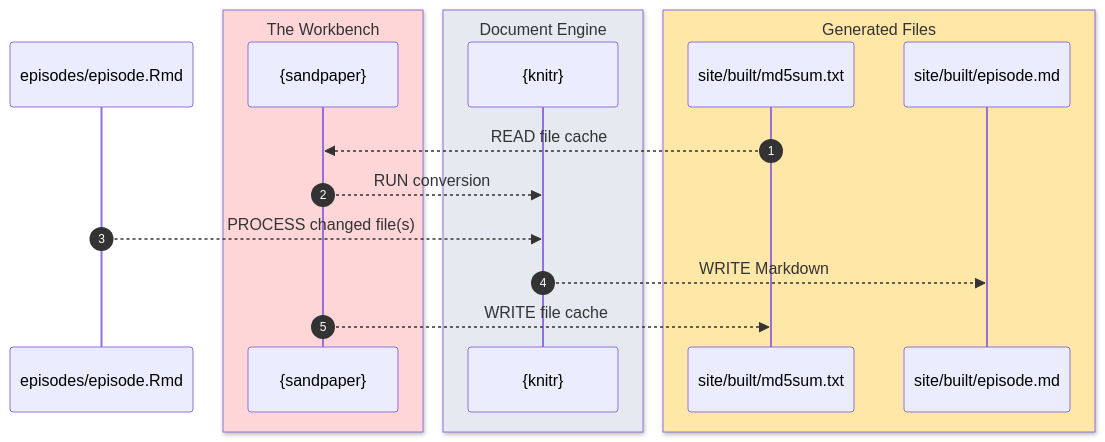
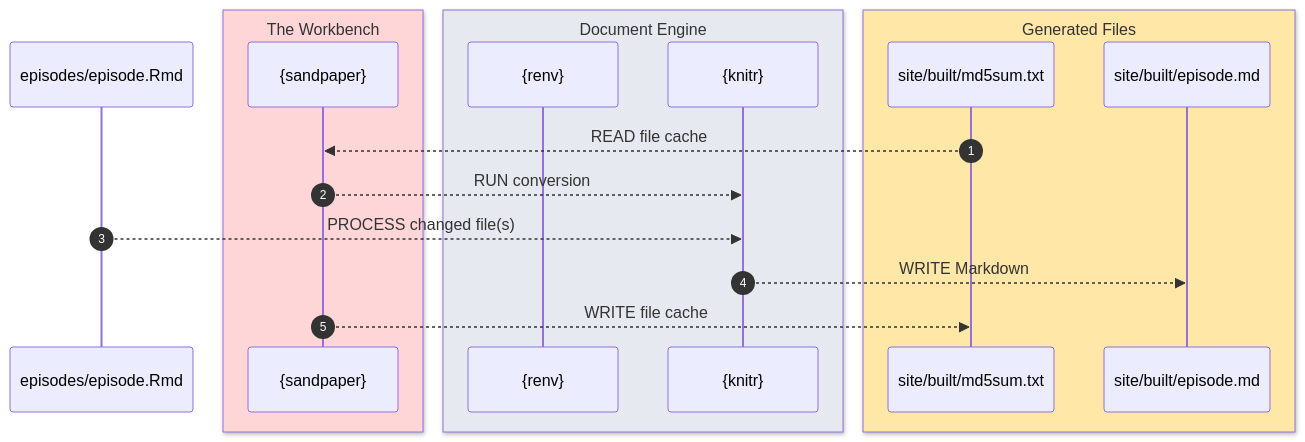
One commit to carpentries/workbench changed the first of 4 diagrams in contributor/flow.qmd. Above: the diagram before and after it, drawn with Mermaid. The commit also changed other lines of this file and 1 other file, not shown here.

Commit message:
expand flow and add some links

````diff
--- a/contributor/flow.qmd
+++ b/contributor/flow.qmd
@@ -54,21 +75,22 @@
 ```{mermaid}
 sequenceDiagram
     autonumber
     participant episodes/episode.Rmd
     box rgb(255, 214, 216) The Workbench
     participant {sandpaper}
     end
     box rgb(230, 234, 240) Document Engine
+    participant {renv}
     participant {knitr}
     end
     box rgb(255, 231, 168) Generated Files
     participant site/built/md5sum.txt
     participant site/built/episode.md
     end
 
     site/built/md5sum.txt -->> {sandpaper}: READ file cache
     {sandpaper} -->> {knitr}: RUN conversion
     episodes/episode.Rmd -->> {knitr}: PROCESS changed file(s)
     {knitr} -->> site/built/episode.md: WRITE Markdown
     {sandpaper} -->> site/built/md5sum.txt: WRITE file cache
 ```
````
